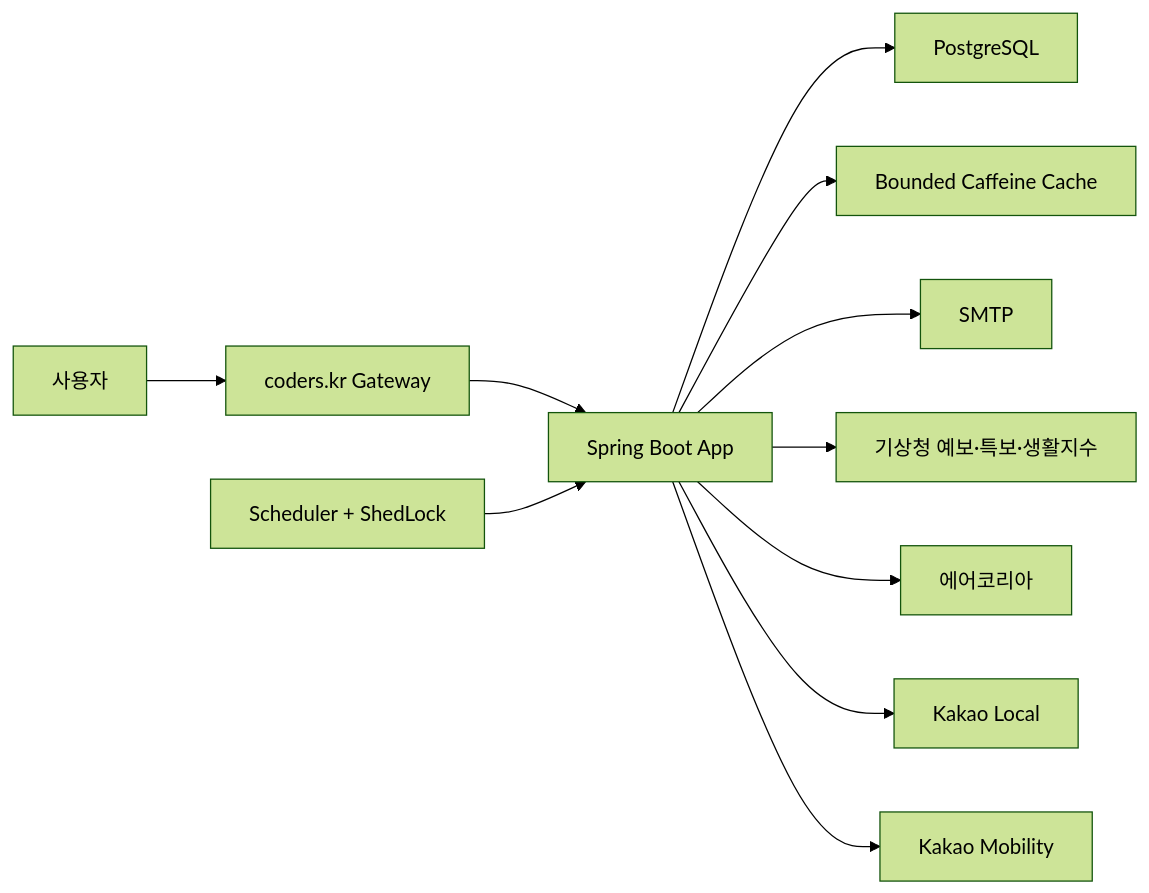
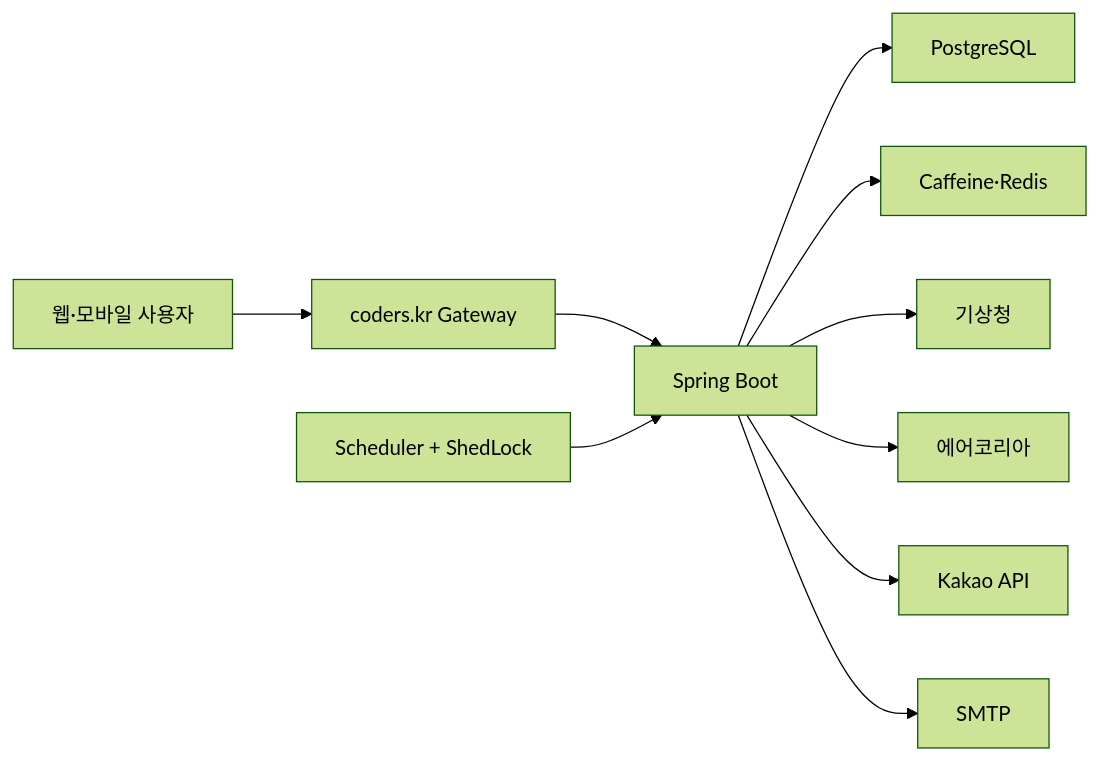
One commit to boclair98/Weather changed the diagram in README.md. Above: the diagram before and after it, drawn with Mermaid (forest theme). The commit also changed other lines of this file, not shown here.

````diff
--- a/README.md
+++ b/README.md
@@ -196,16 +108,12 @@
 ```mermaid
 flowchart LR
-    U["사용자"] --> G["coders.kr Gateway"]
-    G --> A["Spring Boot App"]
-
+    U["웹·모바일 사용자"] --> G["coders.kr Gateway"]
+    G --> A["Spring Boot"]
     A --> DB["PostgreSQL"]
-    A --> RC["Bounded Caffeine Cache"]
-    A --> SMTP["SMTP"]
-
-    A --> KMA["기상청 예보·특보·생활지수"]
-    A --> AIR["에어코리아"]
-    A --> KL["Kakao Local"]
-    A --> KM["Kakao Mobility"]
-
+    A --> C["Caffeine·Redis"]
+    A --> K["기상청"]
+    A --> E["에어코리아"]
+    A --> M["Kakao API"]
+    A --> S["SMTP"]
     SCH["Scheduler + ShedLock"] --> A
 ```
````
